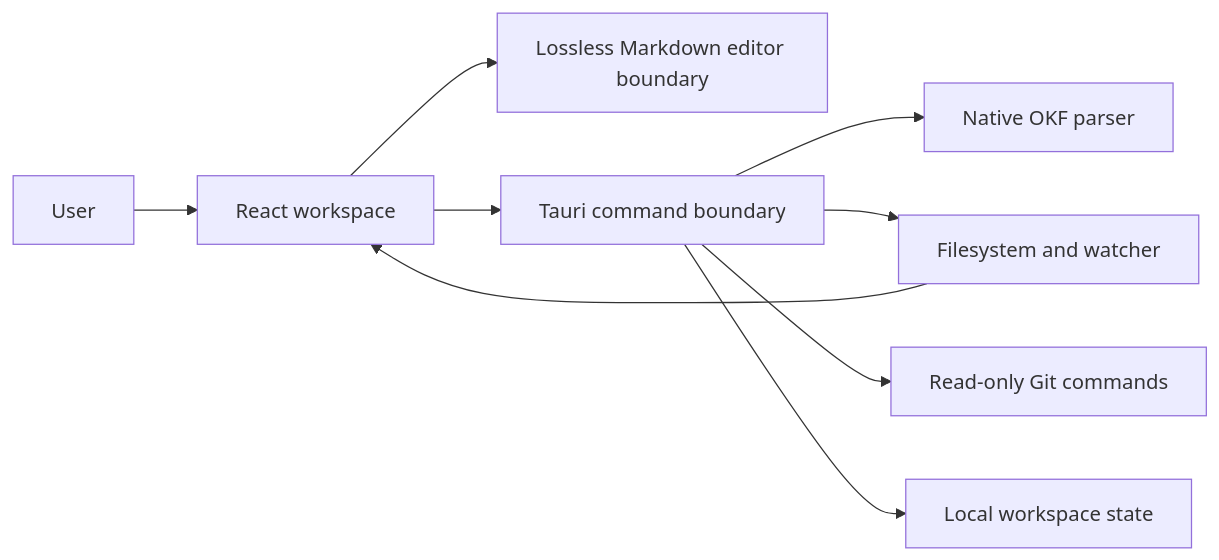
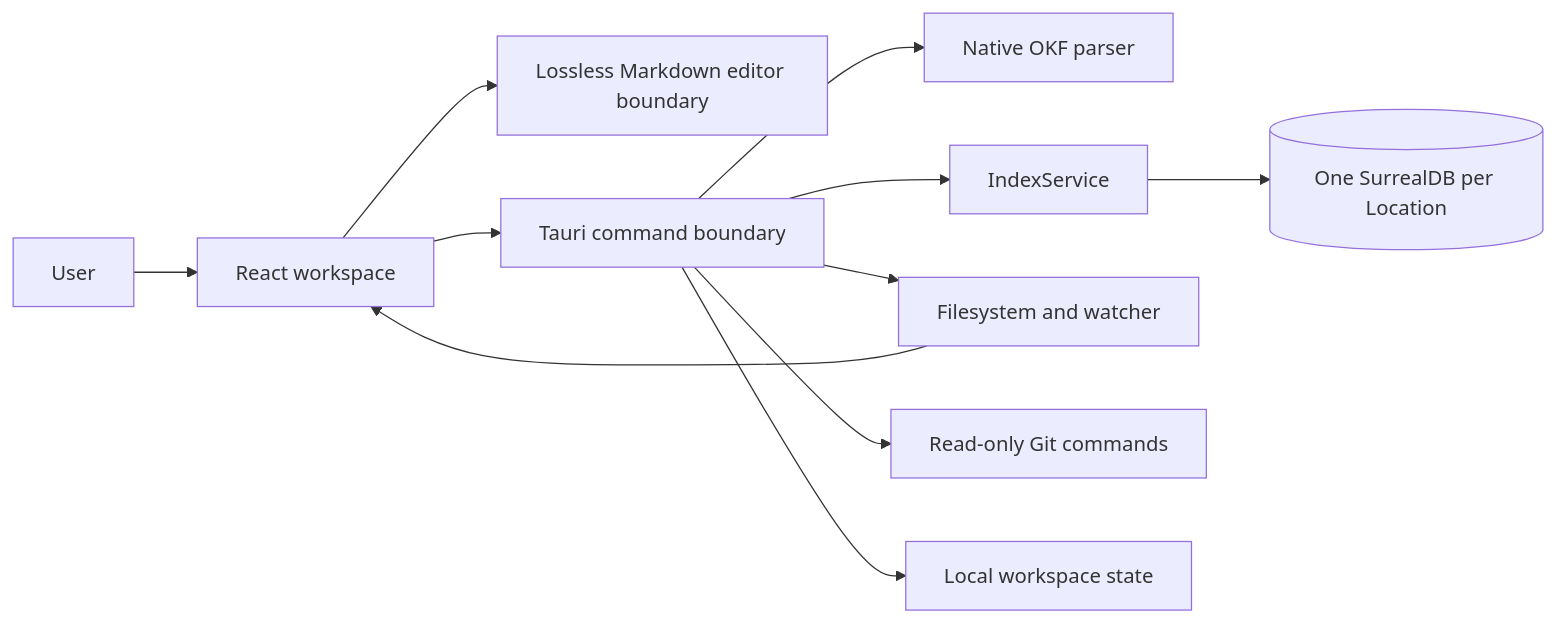
The diagram in docs/architecture.md (lfnovo/construct), drawn with Mermaid before and after one commit. The commit also changed other lines of this file and 12 other files, not shown here.

Commit message:
feat(index): add per-location SurrealDB foundation

````diff
--- a/docs/architecture.md
+++ b/docs/architecture.md
@@ -7,11 +7,13 @@
 ```mermaid
 flowchart LR
     U[User] --> R[React workspace]
     R --> P[Lossless Markdown editor boundary]
     R --> T[Tauri command boundary]
     T --> O[Native OKF parser]
+    T --> I[IndexService]
+    I --> D[(One SurrealDB per Location)]
     T --> F[Filesystem and watcher]
     T --> G[Read-only Git commands]
     T --> S[Local workspace state]
     F --> R
 ```
````
